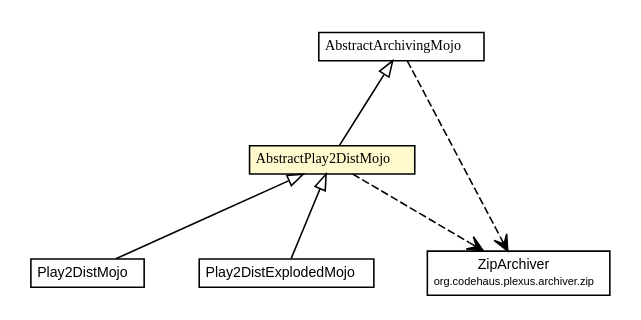
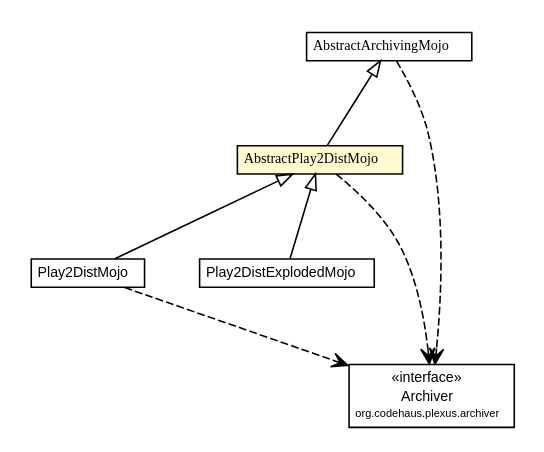
The diagram in play2-maven-plugin/1.0.0-beta7-SNAPSHOT/play2-maven-plugin/apidocs/com/google/code/play2/plugin/AbstractPlay2DistMojo.dot (play2-maven-plugin/play2-maven-plugin.github.io), drawn with Graphviz before and after one commit. The commit also changed 563 other files, not shown here.

```diff
--- a/play2-maven-plugin/1.0.0-beta7-SNAPSHOT/play2-maven-plugin/apidocs/com/google/code/play2/plugin/AbstractPlay2DistMojo.dot
+++ b/play2-maven-plugin/1.0.0-beta7-SNAPSHOT/play2-maven-plugin/apidocs/com/google/code/play2/plugin/AbstractPlay2DistMojo.dot
@@ -1,53 +1,56 @@
 #!/usr/local/bin/dot
 #
 # Class diagram 
 # Generated by UMLGraph version R5_6-24-gf6e263 (http://www.umlgraph.org/)
 #
 
 digraph G {
 	edge [fontname="arial",fontsize=10,labelfontname="arial",labelfontsize=10];
 	node [fontname="arial",fontsize=10,shape=plaintext];
 	nodesep=0.25;
 	ranksep=0.5;
 	// com.google.code.play2.plugin.Play2DistMojo
-	c323 [label=<<table title="com.google.code.play2.plugin.Play2DistMojo" border="0" cellborder="1" cellspacing="0" cellpadding="2" port="p" href="./Play2DistMojo.html">
+	c316 [label=<<table title="com.google.code.play2.plugin.Play2DistMojo" border="0" cellborder="1" cellspacing="0" cellpadding="2" port="p" href="./Play2DistMojo.html">
 		<tr><td><table border="0" cellspacing="0" cellpadding="1">
 <tr><td align="center" balign="center"> Play2DistMojo </td></tr>
 		</table></td></tr>
 		</table>>, URL="./Play2DistMojo.html", fontname="arial", fontcolor="black", fontsize=9.0];
 	// com.google.code.play2.plugin.Play2DistExplodedMojo
-	c324 [label=<<table title="com.google.code.play2.plugin.Play2DistExplodedMojo" border="0" cellborder="1" cellspacing="0" cellpadding="2" port="p" href="./Play2DistExplodedMojo.html">
+	c317 [label=<<table title="com.google.code.play2.plugin.Play2DistExplodedMojo" border="0" cellborder="1" cellspacing="0" cellpadding="2" port="p" href="./Play2DistExplodedMojo.html">
 		<tr><td><table border="0" cellspacing="0" cellpadding="1">
 <tr><td align="center" balign="center"> Play2DistExplodedMojo </td></tr>
 		</table></td></tr>
 		</table>>, URL="./Play2DistExplodedMojo.html", fontname="arial", fontcolor="black", fontsize=9.0];
 	// com.google.code.play2.plugin.AbstractPlay2DistMojo
-	c337 [label=<<table title="com.google.code.play2.plugin.AbstractPlay2DistMojo" border="0" cellborder="1" cellspacing="0" cellpadding="2" port="p" bgcolor="lemonChiffon" href="./AbstractPlay2DistMojo.html">
+	c330 [label=<<table title="com.google.code.play2.plugin.AbstractPlay2DistMojo" border="0" cellborder="1" cellspacing="0" cellpadding="2" port="p" bgcolor="lemonChiffon" href="./AbstractPlay2DistMojo.html">
 		<tr><td><table border="0" cellspacing="0" cellpadding="1">
 <tr><td align="center" balign="center"><font face="arial italic"> AbstractPlay2DistMojo </font></td></tr>
 		</table></td></tr>
 		</table>>, URL="./AbstractPlay2DistMojo.html", fontname="arial", fontcolor="black", fontsize=9.0];
 	// com.google.code.play2.plugin.AbstractArchivingMojo
-	c339 [label=<<table title="com.google.code.play2.plugin.AbstractArchivingMojo" border="0" cellborder="1" cellspacing="0" cellpadding="2" port="p" href="./AbstractArchivingMojo.html">
+	c332 [label=<<table title="com.google.code.play2.plugin.AbstractArchivingMojo" border="0" cellborder="1" cellspacing="0" cellpadding="2" port="p" href="./AbstractArchivingMojo.html">
 		<tr><td><table border="0" cellspacing="0" cellpadding="1">
 <tr><td align="center" balign="center"><font face="arial italic"> AbstractArchivingMojo </font></td></tr>
 		</table></td></tr>
 		</table>>, URL="./AbstractArchivingMojo.html", fontname="arial", fontcolor="black", fontsize=9.0];
 	//com.google.code.play2.plugin.Play2DistMojo extends com.google.code.play2.plugin.AbstractPlay2DistMojo
-	c337:p -> c323:p [dir=back,arrowtail=empty];
+	c330:p -> c316:p [dir=back,arrowtail=empty];
 	//com.google.code.play2.plugin.Play2DistExplodedMojo extends com.google.code.play2.plugin.AbstractPlay2DistMojo
-	c337:p -> c324:p [dir=back,arrowtail=empty];
+	c330:p -> c317:p [dir=back,arrowtail=empty];
 	//com.google.code.play2.plugin.AbstractPlay2DistMojo extends com.google.code.play2.plugin.AbstractArchivingMojo
-	c339:p -> c337:p [dir=back,arrowtail=empty];
-	// com.google.code.play2.plugin.AbstractPlay2DistMojo DEPEND org.codehaus.plexus.archiver.zip.ZipArchiver
-	c337:p -> c342:p [taillabel="", label="", headlabel="", fontname="arial", fontcolor="black", fontsize=10.0, color="black", arrowhead=open, style=dashed];
-	// com.google.code.play2.plugin.AbstractArchivingMojo DEPEND org.codehaus.plexus.archiver.zip.ZipArchiver
-	c339:p -> c342:p [taillabel="", label="", headlabel="", fontname="arial", fontcolor="black", fontsize=10.0, color="black", arrowhead=open, style=dashed];
-	// org.codehaus.plexus.archiver.zip.ZipArchiver
-	c342 [label=<<table title="org.codehaus.plexus.archiver.zip.ZipArchiver" border="0" cellborder="1" cellspacing="0" cellpadding="2" port="p" href="http://play2-maven-plugin.github.io/external-apidocs/org/codehaus/plexus/plexus-archiver/3.0/org/codehaus/plexus/archiver/zip/ZipArchiver.html">
+	c332:p -> c330:p [dir=back,arrowtail=empty];
+	// com.google.code.play2.plugin.Play2DistMojo DEPEND org.codehaus.plexus.archiver.Archiver
+	c316:p -> c335:p [taillabel="", label="", headlabel="", fontname="arial", fontcolor="black", fontsize=10.0, color="black", arrowhead=open, style=dashed];
+	// com.google.code.play2.plugin.AbstractPlay2DistMojo DEPEND org.codehaus.plexus.archiver.Archiver
+	c330:p -> c335:p [taillabel="", label="", headlabel="", fontname="arial", fontcolor="black", fontsize=10.0, color="black", arrowhead=open, style=dashed];
+	// com.google.code.play2.plugin.AbstractArchivingMojo DEPEND org.codehaus.plexus.archiver.Archiver
+	c332:p -> c335:p [taillabel="", label="", headlabel="", fontname="arial", fontcolor="black", fontsize=10.0, color="black", arrowhead=open, style=dashed];
+	// org.codehaus.plexus.archiver.Archiver
+	c335 [label=<<table title="org.codehaus.plexus.archiver.Archiver" border="0" cellborder="1" cellspacing="0" cellpadding="2" port="p" href="http://play2-maven-plugin.github.io/external-apidocs/org/codehaus/plexus/plexus-archiver/3.4/org/codehaus/plexus/archiver/Archiver.html">
 		<tr><td><table border="0" cellspacing="0" cellpadding="1">
-<tr><td align="center" balign="center"> ZipArchiver </td></tr>
-<tr><td align="center" balign="center"><font point-size="7.0"> org.codehaus.plexus.archiver.zip </font></td></tr>
+<tr><td align="center" balign="center"> &#171;interface&#187; </td></tr>
+<tr><td align="center" balign="center"> Archiver </td></tr>
+<tr><td align="center" balign="center"><font point-size="7.0"> org.codehaus.plexus.archiver </font></td></tr>
 		</table></td></tr>
-		</table>>, URL="http://play2-maven-plugin.github.io/external-apidocs/org/codehaus/plexus/plexus-archiver/3.0/org/codehaus/plexus/archiver/zip/ZipArchiver.html", fontname="arial", fontcolor="black", fontsize=9.0];
+		</table>>, URL="http://play2-maven-plugin.github.io/external-apidocs/org/codehaus/plexus/plexus-archiver/3.4/org/codehaus/plexus/archiver/Archiver.html", fontname="arial", fontcolor="black", fontsize=9.0];
 }
```
